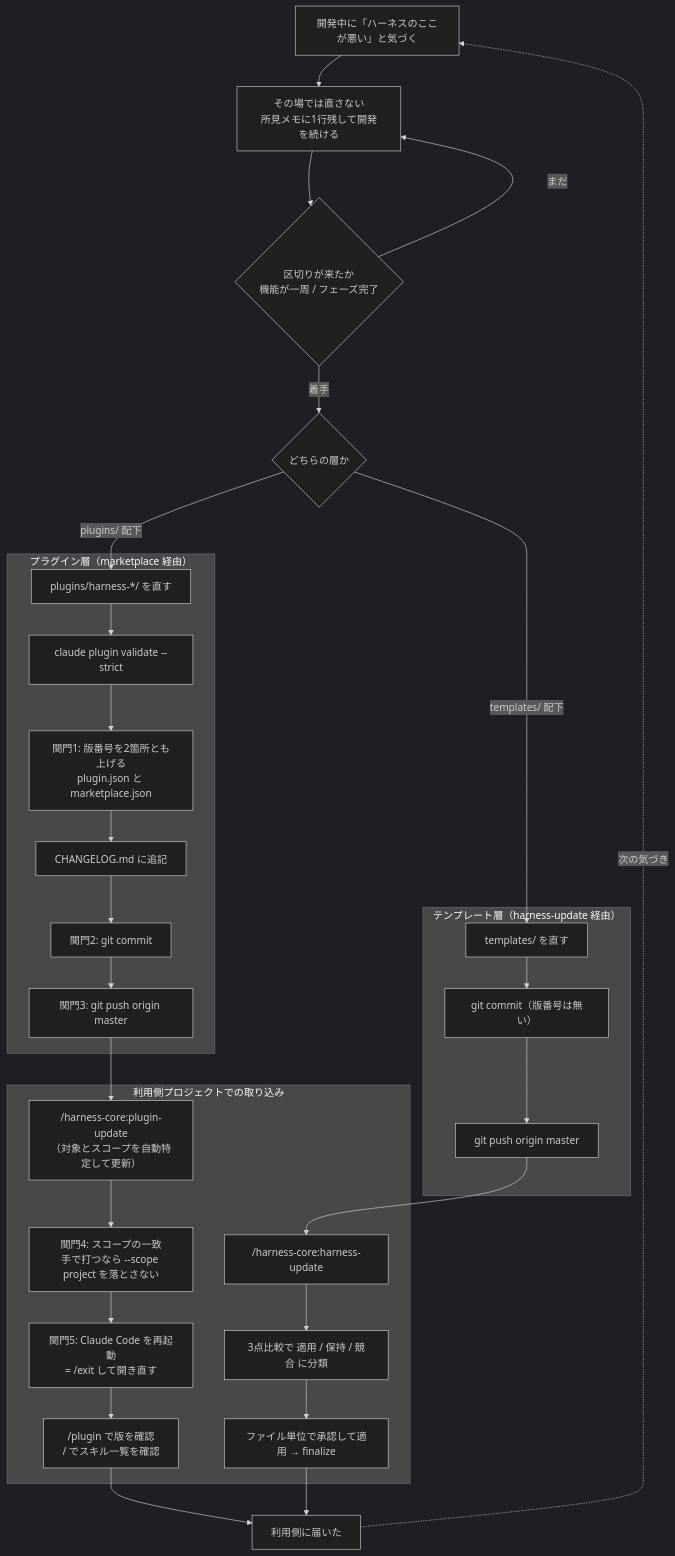
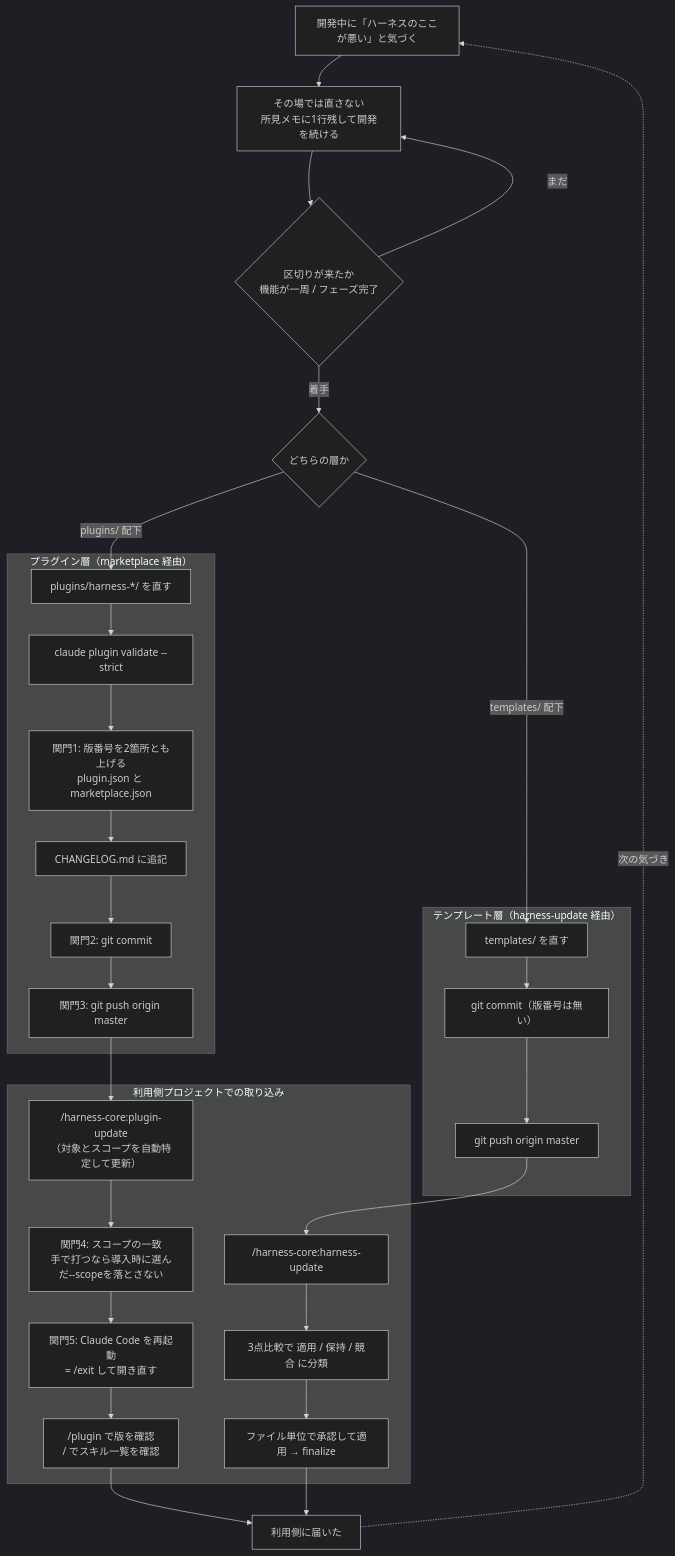
The diagram in docs/diagrams/06_改善還元フロー図.md (mizuta0711/claude-dev-harness), drawn with Mermaid (dark theme) before and after one commit. The commit also changed other lines of this file and 22 other files, not shown here.

````diff
--- a/docs/diagrams/06_改善還元フロー図.md
+++ b/docs/diagrams/06_改善還元フロー図.md
@@ -57,46 +57,46 @@
 ```mermaid
 flowchart TD
     A["開発中に「ハーネスのここが悪い」と気づく"] --> B["その場では直さない<br/>所見メモに1行残して開発を続ける"]
     B --> C{"区切りが来たか<br/>機能が一周 / フェーズ完了"}
     C -->|まだ| B
     C -->|着手| D{"どちらの層か"}
 
     subgraph PL["プラグイン層（marketplace 経由）"]
         P1["plugins/harness-*/ を直す"]
         P2["claude plugin validate --strict"]
         P3["関門1: 版番号を2箇所とも上げる<br/>plugin.json と marketplace.json"]
         P4["CHANGELOG.md に追記"]
         P5["関門2: git commit"]
         P6["関門3: git push origin master"]
         P1 --> P2 --> P3 --> P4 --> P5 --> P6
     end
 
     subgraph TL["テンプレート層（harness-update 経由）"]
         T1["templates/ を直す"]
         T2["git commit（版番号は無い）"]
         T3["git push origin master"]
         T1 --> T2 --> T3
     end
 
     D -->|"plugins/ 配下"| P1
     D -->|"templates/ 配下"| T1
 
     subgraph UP["利用側プロジェクトでの取り込み"]
         U1["/harness-core:plugin-update<br/>（対象とスコープを自動特定して更新）"]
-        U2["関門4: スコープの一致<br/>手で打つなら --scope project を落とさない"]
+        U2["関門4: スコープの一致<br/>手で打つなら導入時に選んだ--scopeを落とさない"]
         U3["関門5: Claude Code を再起動<br/>= /exit して開き直す"]
         U4["/plugin で版を確認<br/>/ でスキル一覧を確認"]
         U1 --> U2 --> U3 --> U4
         W1["/harness-core:harness-update"]
         W2["3点比較で 適用 / 保持 / 競合 に分類"]
         W3["ファイル単位で承認して適用 → finalize"]
         W1 --> W2 --> W3
     end
 
     P6 --> U1
     T3 --> W1
 
     U4 --> Z["利用側に届いた"]
     W3 --> Z
     Z -.->|次の気づき| A
 ```
````
